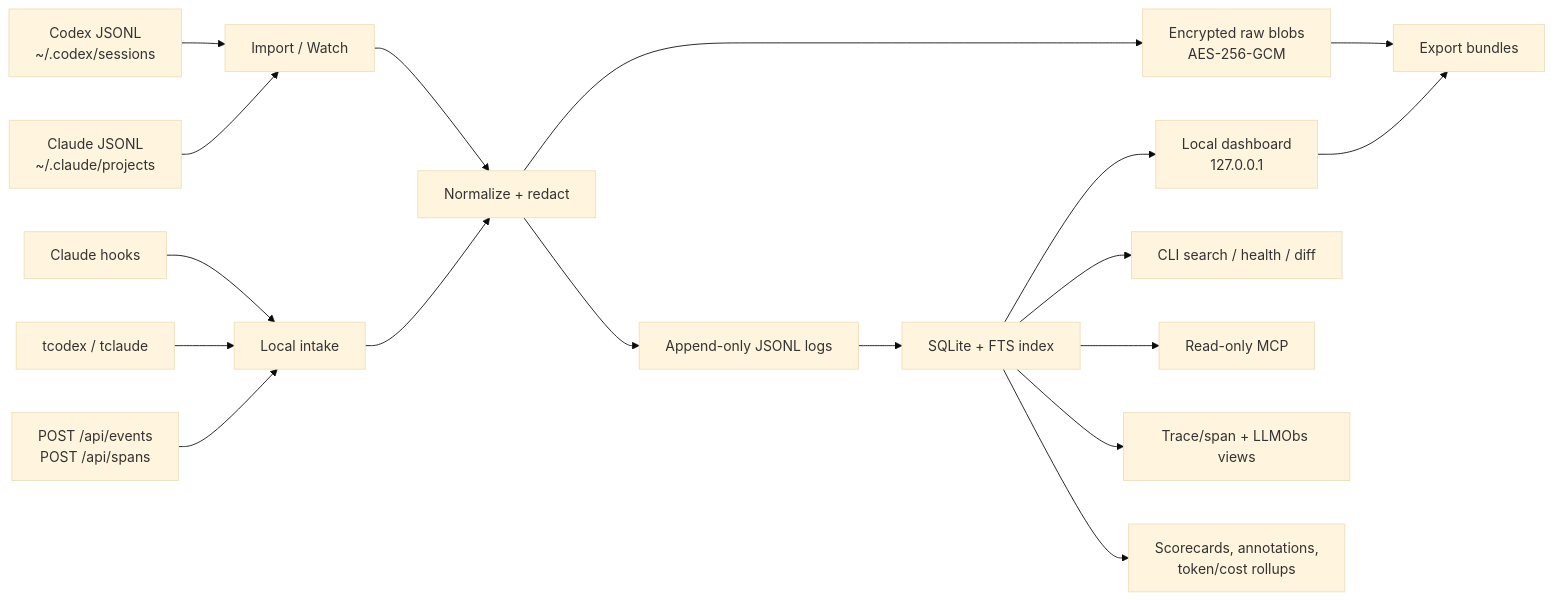
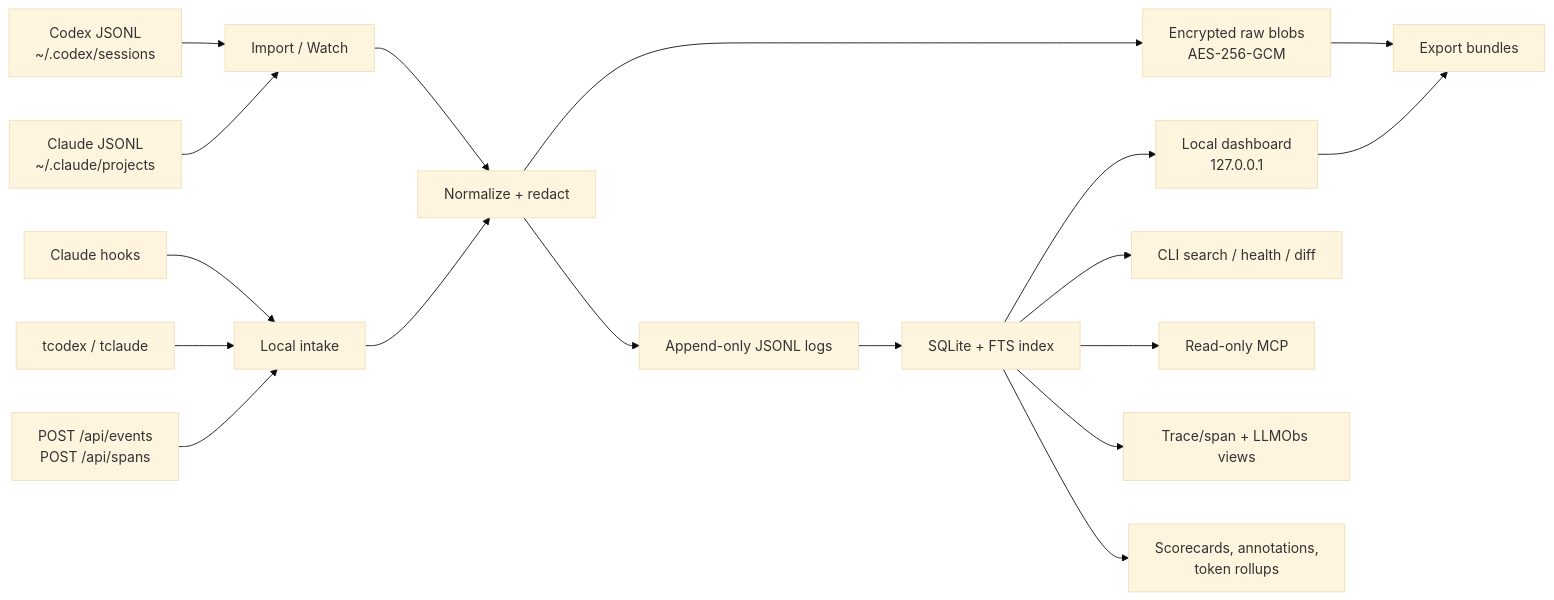
One commit to ssreeni1/tracebase changed the diagram in ARCHITECTURE.md. Above: the diagram before and after it, drawn with Mermaid (base theme). The commit also changed other lines of this file and 20 other files, not shown here.

First line of the commit message:
Remove token cost estimation feature

````diff
--- a/ARCHITECTURE.md
+++ b/ARCHITECTURE.md
@@ -7,21 +7,21 @@
 ```mermaid
 flowchart LR
   codex["Codex JSONL<br/>~/.codex/sessions"] --> import["Import / Watch"]
   claude["Claude JSONL<br/>~/.claude/projects"] --> import
   hooks["Claude hooks"] --> intake["Local intake"]
   wrappers["tcodex / tclaude"] --> intake
   http["POST /api/events<br/>POST /api/spans"] --> intake
 
   import --> normalize["Normalize + redact"]
   intake --> normalize
   normalize --> raw["Encrypted raw blobs<br/>AES-256-GCM"]
   normalize --> logs["Append-only JSONL logs"]
   logs --> index["SQLite + FTS index"]
   raw --> export["Export bundles"]
   index --> dashboard["Local dashboard<br/>127.0.0.1"]
   index --> cli["CLI search / health / diff"]
   index --> mcp["Read-only MCP"]
   index --> llmobs["Trace/span + LLMObs views"]
-  index --> intelligence["Scorecards, annotations,<br/>token/cost rollups"]
+  index --> intelligence["Scorecards, annotations,<br/>token rollups"]
   dashboard --> export
 ```
````
